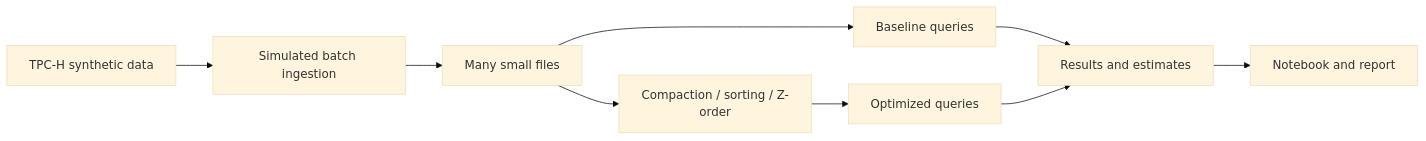
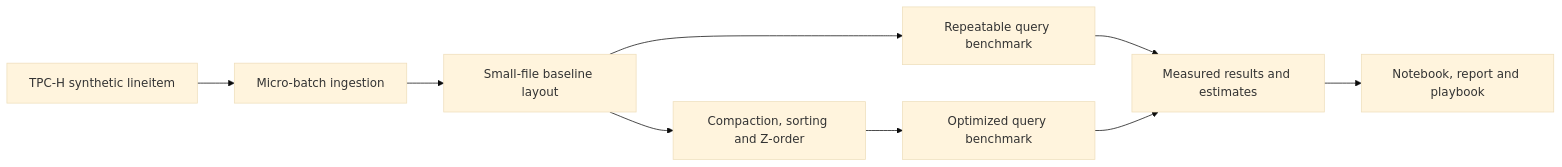
The diagram in README.md (Akash-338/BDSRE-Mini-Project), drawn with Mermaid (base theme) before and after one commit. The commit also changed other lines of this file and 5 other files, not shown here.

Commit message:
Add repeatable baseline query benchmark harness

````diff
--- a/README.md
+++ b/README.md
@@ -11,11 +11,11 @@
 ```mermaid
 flowchart LR
-    A[TPC-H synthetic data] --> B[Simulated batch ingestion]
-    B --> C[Many small files]
-    C --> D[Baseline queries]
-    C --> E[Compaction / sorting / Z-order]
-    E --> F[Optimized queries]
-    D --> G[Results and estimates]
+    A[TPC-H synthetic lineitem] --> B[Micro-batch ingestion]
+    B --> C[Small-file baseline layout]
+    C --> D[Repeatable query benchmark]
+    C --> E[Compaction, sorting and Z-order]
+    E --> F[Optimized query benchmark]
+    D --> G[Measured results and estimates]
     F --> G
-    G --> H[Notebook and report]
+    G --> H[Notebook, report and playbook]
 ```
````
